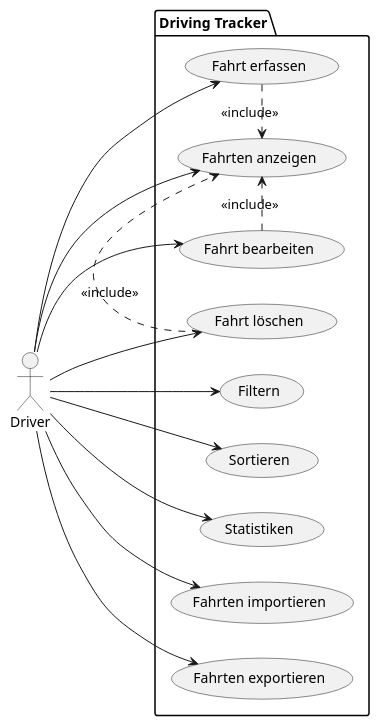
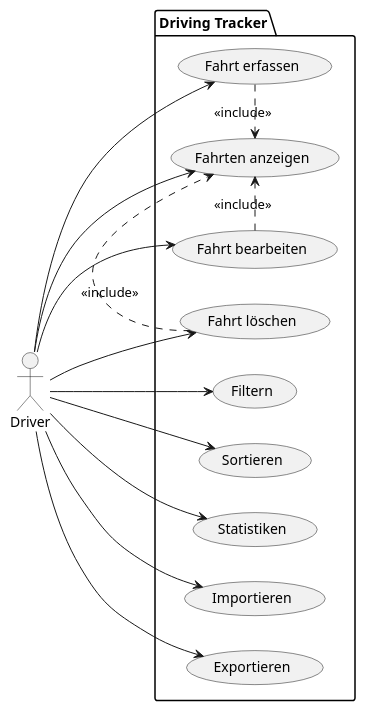
One commit to JBrunnerhtl/Driving_Tracker_Java_Docs changed the first of 3 diagrams in asciidocs/slides/presentation.adoc. Above: the diagram before and after it, drawn with PlantUML. The commit also changed other lines of this file, not shown here.

Commit message:
fixed diagrams

```diff
--- a/asciidocs/slides/presentation.adoc
+++ b/asciidocs/slides/presentation.adoc
@@ -89,34 +89,34 @@
-[plantuml, usecase, svg, width=85%, height=480]
+[plantuml, usecase, svg]
 ----
 @startuml DrivingTracker_UseCase
 left to right direction
 
 actor Driver
 
 package "Driving Tracker" {
     usecase UC1 as "Fahrt erfassen"
     usecase UC2 as "Fahrt bearbeiten"
     usecase UC3 as "Fahrt löschen"
     usecase UC4 as "Fahrten anzeigen"
     usecase UC5 as "Filtern"
     usecase UC6 as "Sortieren"
     usecase UC7 as "Statistiken"
-    usecase UC8 as "Fahrten importieren"
-    usecase UC9 as "Fahrten exportieren"
+    usecase UC8 as "Importieren"
+    usecase UC9 as "Exportieren"
 }
 
 Driver --> UC1
 Driver --> UC2
 Driver --> UC3
 Driver --> UC4
 Driver --> UC5
 Driver --> UC6
 Driver --> UC7
 Driver --> UC8
 Driver --> UC9
 
 UC1 .> UC4 : <<include>>
 UC2 .> UC4 : <<include>>
 UC3 .> UC4 : <<include>>
 @enduml
 ----
```
